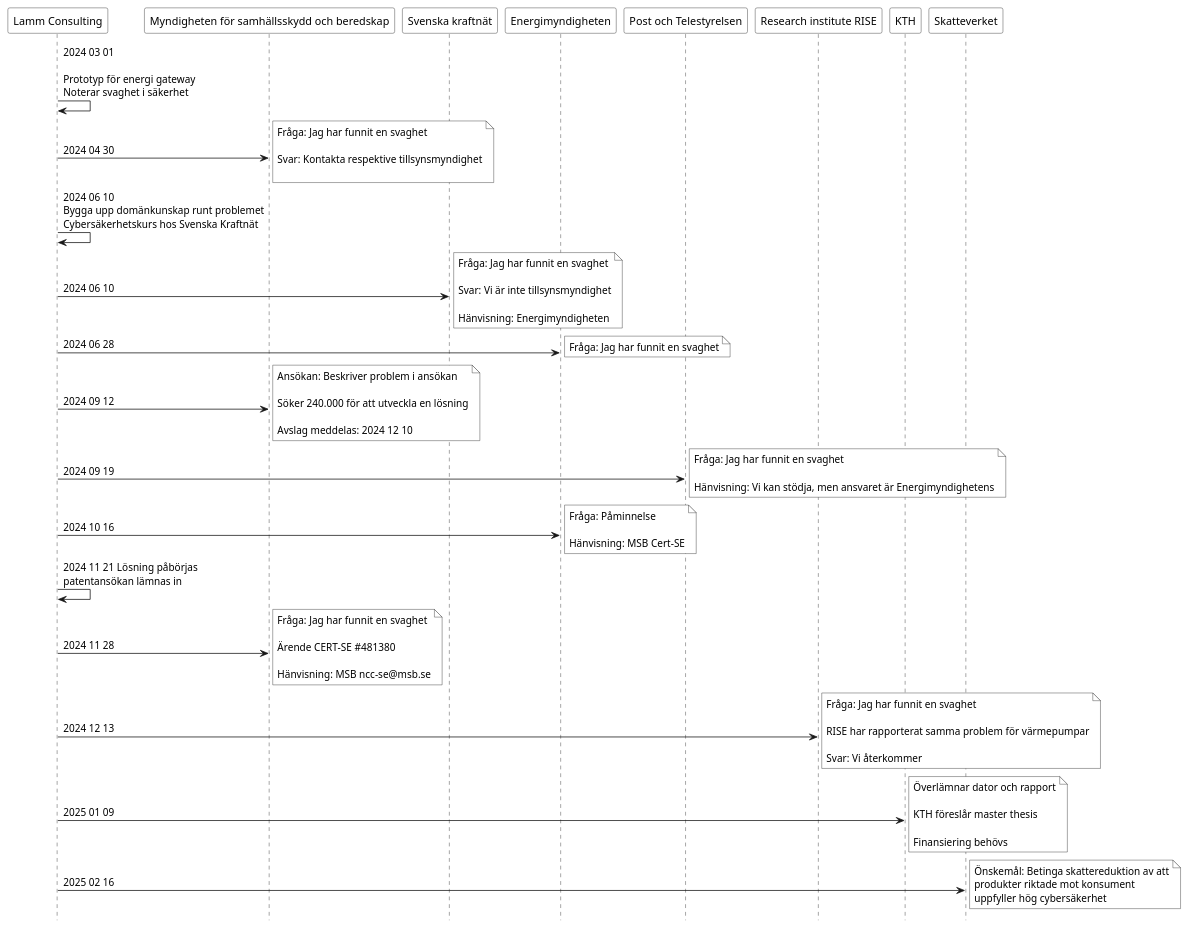
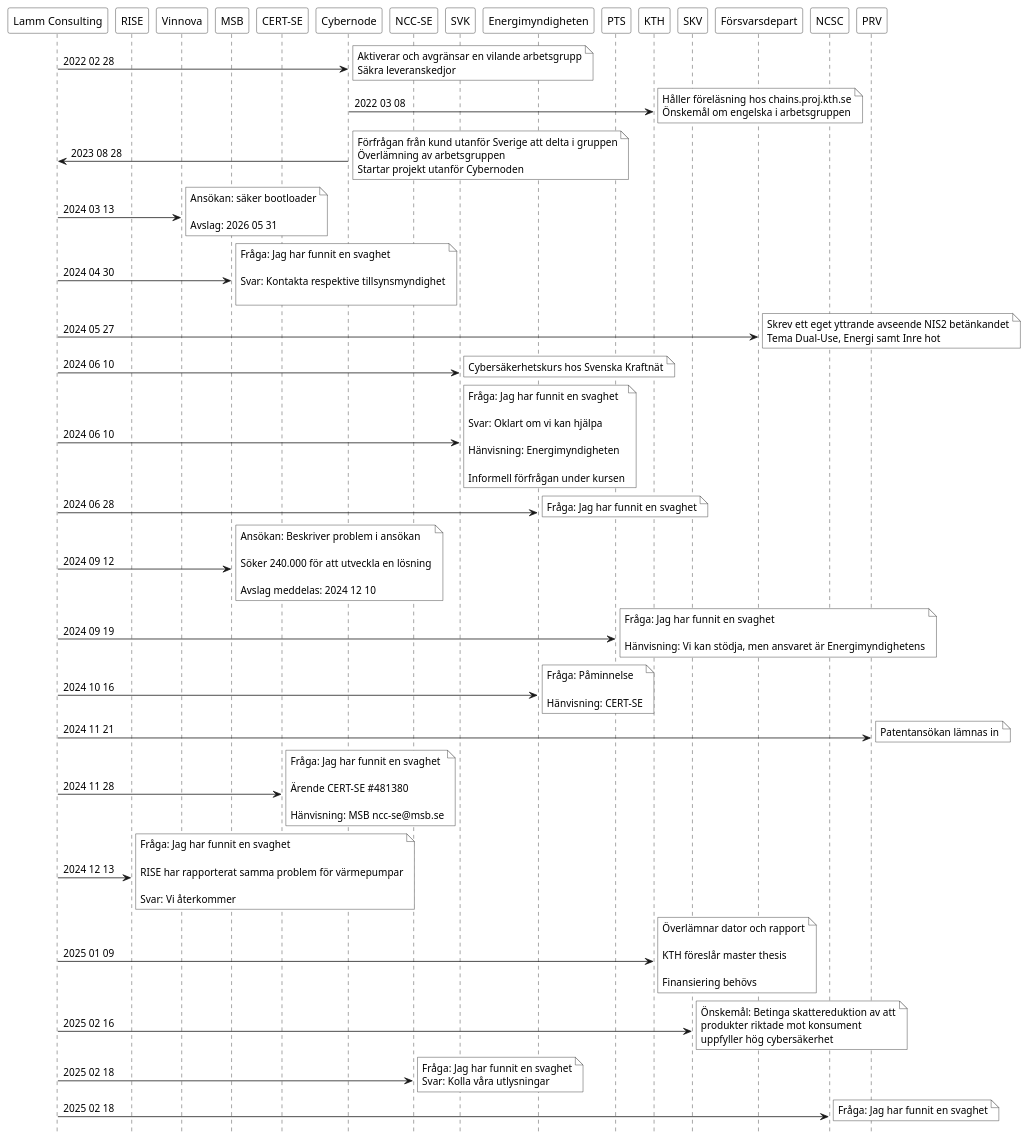
One commit to hans-lammda/hans-lammda-github.io changed the diagram in static/images/incident.puml. Above: the diagram before and after it, drawn with PlantUML. The commit also changed 13 other files, not shown here.

Commit message:
Update sequence diagram

```diff
--- a/static/images/incident.puml
+++ b/static/images/incident.puml
@@ -1,36 +1,58 @@
 @startuml
 
 hide footbox
 participant "Lamm Consulting"  as LM #FFFFFF
-participant  "Myndigheten för samhällsskydd och beredskap" as MSB  #FFFFFF
-participant  "Svenska kraftnät" as SVK  #FFFFFF
+participant  "RISE" as RISE #FFFFFF
+participant  "Vinnova" as VINN  #FFFFFF
+participant  "MSB" as MSB  #FFFFFF
+participant  "CERT-SE" as CERT #FFFFFF
+participant  "Cybernode" as CYBER  #FFFFFF
+participant  "NCC-SE" as NCC #FFFFFF
+participant  "SVK" as SVK  #FFFFFF
 participant  "Energimyndigheten" as EM #FFFFFF
-participant  "Post och Telestyrelsen" as PTS #FFFFFF
-participant  "Research institute RISE" as RISE #FFFFFF
+participant  "PTS" as PTS #FFFFFF
 participant  "KTH" as KTH #FFFFFF
-participant  "Skatteverket" as SKV #FFFFFF
+participant  "SKV" as SKV #FFFFFF
+participant  "Försvarsdepart" as FORSVAR #FFFFFF
+participant  "NCSC" as NCSC #FFFFFF
+participant  "PRV" as PRV #FFFFFF
 
-LM -> LM:  2024 03 01\n\nPrototyp för energi gateway\nNoterar svaghet i säkerhet
+LM -> CYBER:  2022 02 28
+note right #FFFFFF : Aktiverar och avgränsar en vilande arbetsgrupp\nSäkra leveranskedjor
+CYBER -> KTH: 2022 03 08 
+note right #FFFFFF : Håller föreläsning hos chains.proj.kth.se\nÖnskemål om engelska i arbetsgruppen
+CYBER -> LM:  2023 08 28
+note right #FFFFFF : Förfrågan från kund utanför Sverige att delta i gruppen\nÖverlämning av arbetsgruppen\nStartar projekt utanför Cybernoden
+LM -> VINN: 2024 03 13 
+note right #FFFFFF : Ansökan: säker bootloader\n\nAvslag: 2026 05 31 
 LM -> MSB: 2024 04 30 
 note right #FFFFFF : Fråga: Jag har funnit en svaghet \n\nSvar: Kontakta respektive tillsynsmyndighet\n
-LM -> LM:  2024 06 10 \nBygga upp domänkunskap runt problemet\nCybersäkerhetskurs hos Svenska Kraftnät
+LM -> FORSVAR: 2024 05 27 
+note right #FFFFFF : Skrev ett eget yttrande avseende NIS2 betänkandet\nTema Dual-Use, Energi samt Inre hot
+LM -> SVK:  2024 06 10 
+note right #FFFFFF : Cybersäkerhetskurs hos Svenska Kraftnät 
 LM -> SVK: 2024 06 10 
-note right #FFFFFF : Fråga: Jag har funnit en svaghet \n\nSvar: Vi är inte tillsynsmyndighet\n\nHänvisning: Energimyndigheten
+note right #FFFFFF : Fråga: Jag har funnit en svaghet \n\nSvar: Oklart om vi kan hjälpa\n\nHänvisning: Energimyndigheten\n\nInformell förfrågan under kursen
 LM -> EM: 2024 06 28 
 note right #FFFFFF : Fråga: Jag har funnit en svaghet
 LM -> MSB: 2024 09 12 
 note right #FFFFFF : Ansökan: Beskriver problem i ansökan\n\nSöker 240.000 för att utveckla en lösning\n\nAvslag meddelas: 2024 12 10
 LM -> PTS: 2024 09 19 
 note right #FFFFFF : Fråga: Jag har funnit en svaghet\n\nHänvisning: Vi kan stödja, men ansvaret är Energimyndighetens
 LM -> EM: 2024 10 16 
-note right #FFFFFF : Fråga: Påminnelse\n\nHänvisning: MSB Cert-SE
-LM -> LM: 2024 11 21 Lösning påbörjas\npatentansökan lämnas in
-LM -> MSB: 2024 11 28 
+note right #FFFFFF : Fråga: Påminnelse\n\nHänvisning: CERT-SE
+LM -> PRV: 2024 11 21 
+note right #FFFFFF : Patentansökan lämnas in
+LM -> CERT: 2024 11 28 
 note right #FFFFFF : Fråga: Jag har funnit en svaghet\n\nÄrende CERT-SE #481380\n\nHänvisning: MSB ncc-se@msb.se
 LM -> RISE: 2024 12 13 
 note right #FFFFFF : Fråga: Jag har funnit en svaghet\n\nRISE har rapporterat samma problem för värmepumpar\n\nSvar: Vi återkommer
 LM -> KTH: 2025 01 09 
 note right #FFFFFF : Överlämnar dator och rapport\n\nKTH föreslår master thesis\n\nFinansiering behövs
 LM -> SKV: 2025 02 16 
 note right #FFFFFF : Önskemål: Betinga skattereduktion av att\nprodukter riktade mot konsument\nuppfyller hög cybersäkerhet
+LM -> NCC: 2025 02 18 
+note right #FFFFFF :Fråga: Jag har funnit en svaghet\nSvar: Kolla våra utlysningar 
+LM -> NCSC: 2025 02 18 
+note right #FFFFFF :Fråga: Jag har funnit en svaghet 
 @enduml
```
